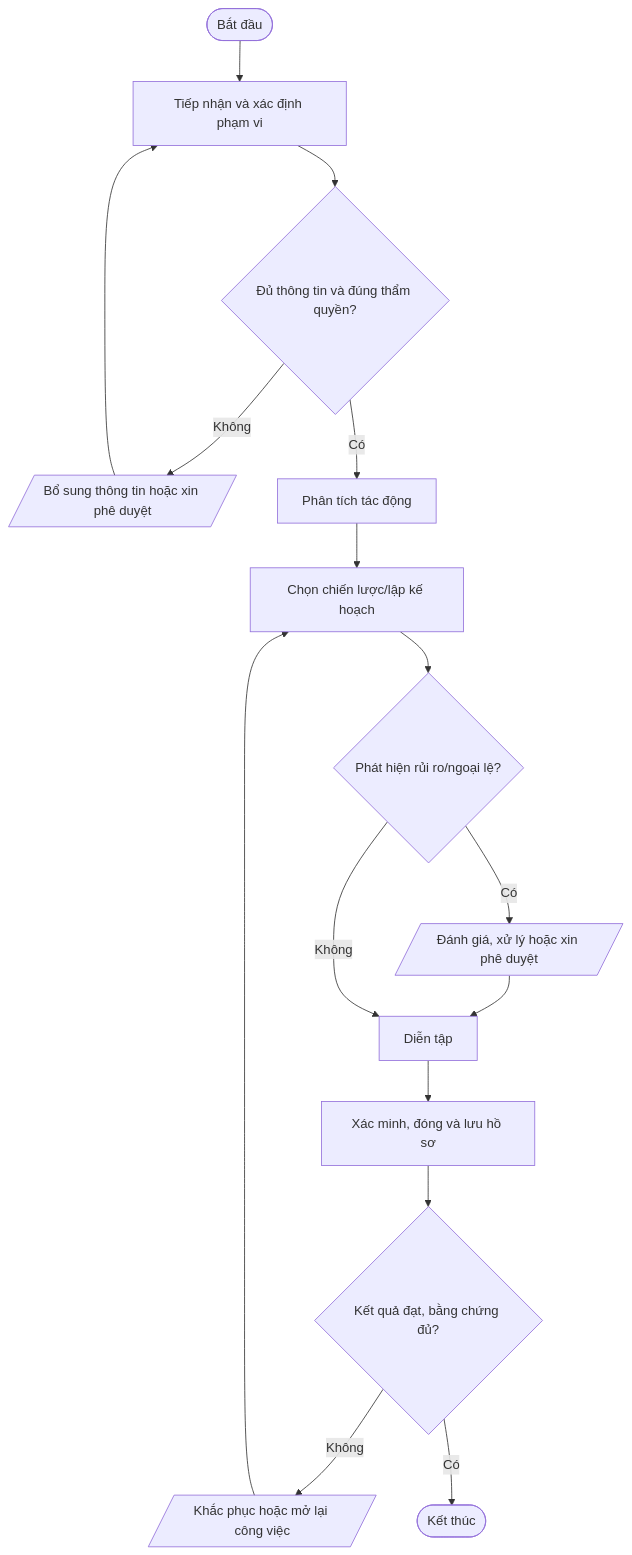
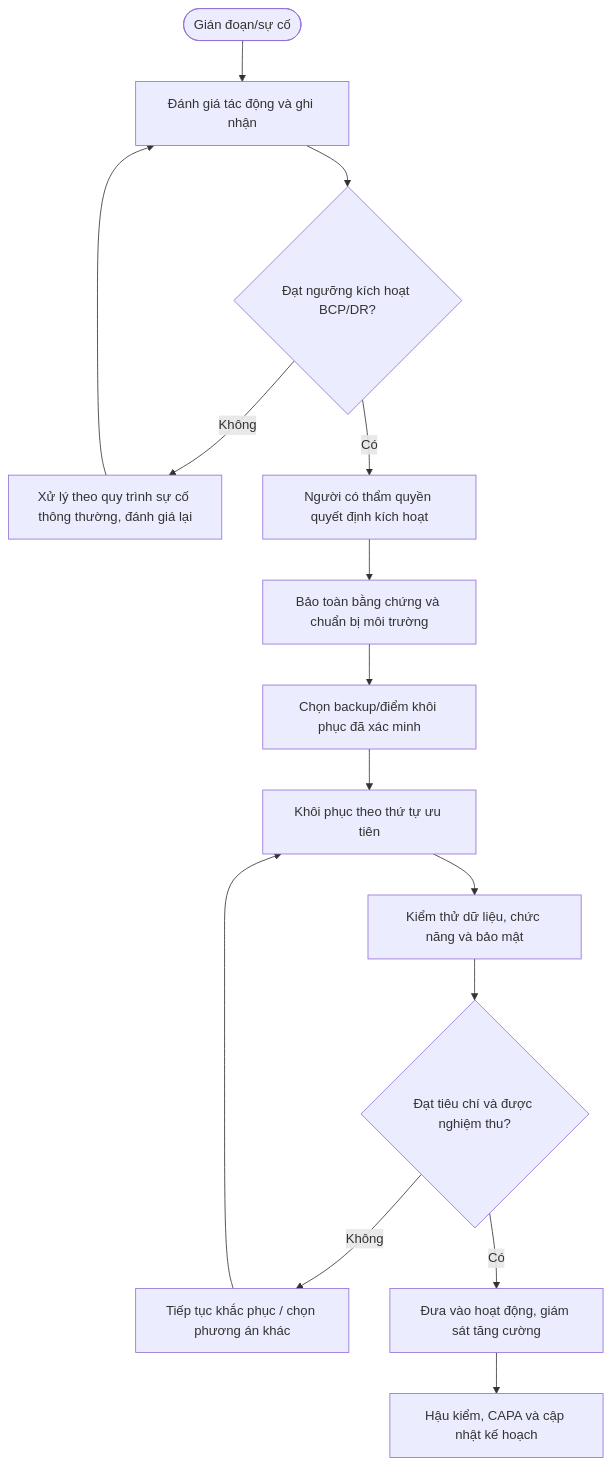
One commit to daoaigiangnam/Quy_Trinh_Chuan changed the diagram in quy-trinh/chi-tiet/QT-BCP-01.md. Above: the diagram before and after it, drawn with Mermaid. The commit also changed other lines of this file, not shown here.

Commit message:
Cập nhật nội dung chi tiết QT-BCP-01.md lên main

````diff
--- a/quy-trinh/chi-tiet/QT-BCP-01.md
+++ b/quy-trinh/chi-tiet/QT-BCP-01.md
@@ -31,18 +139,17 @@
 ```mermaid
 flowchart TD
-  A([Bắt đầu]) --> S1["Tiếp nhận và xác định phạm vi"]
-  S1 --> D1{"Đủ thông tin và đúng thẩm quyền?"}
-  D1 -- Không --> F1[/"Bổ sung thông tin hoặc xin phê duyệt"/]
-  F1 --> S1
-  D1 -- Có --> S2["Phân tích tác động"]
-  S2 --> S3["Chọn chiến lược/lập kế hoạch"]
-  S3 --> D2{"Phát hiện rủi ro/ngoại lệ?"}
-  D2 -- Có --> RISK[/"Đánh giá, xử lý hoặc xin phê duyệt"/]
-  RISK --> S4["Diễn tập"]
-  D2 -- Không --> S4
-  S4 --> S5["Xác minh, đóng và lưu hồ sơ"]
-  S5 --> D3{"Kết quả đạt, bằng chứng đủ?"}
-  D3 -- Không --> R[/"Khắc phục hoặc mở lại công việc"/]
-  R --> S3
-  D3 -- Có --> Z([Kết thúc])
+ A([Gián đoạn/sự cố]) --> B[Đánh giá tác động và ghi nhận]
+ B --> C{Đạt ngưỡng kích hoạt BCP/DR?}
+ C -- Không --> D[Xử lý theo quy trình sự cố thông thường, đánh giá lại]
+ D --> B
+ C -- Có --> E[Người có thẩm quyền quyết định kích hoạt]
+ E --> F[Bảo toàn bằng chứng và chuẩn bị môi trường]
+ F --> G[Chọn backup/điểm khôi phục đã xác minh]
+ G --> H[Khôi phục theo thứ tự ưu tiên]
+ H --> I[Kiểm thử dữ liệu, chức năng và bảo mật]
+ I --> J{Đạt tiêu chí và được nghiệm thu?}
+ J -- Không --> K[Tiếp tục khắc phục / chọn phương án khác]
+ K --> H
+ J -- Có --> L[Đưa vào hoạt động, giám sát tăng cường]
+ L --> M[Hậu kiểm, CAPA và cập nhật kế hoạch]
 ```
````
